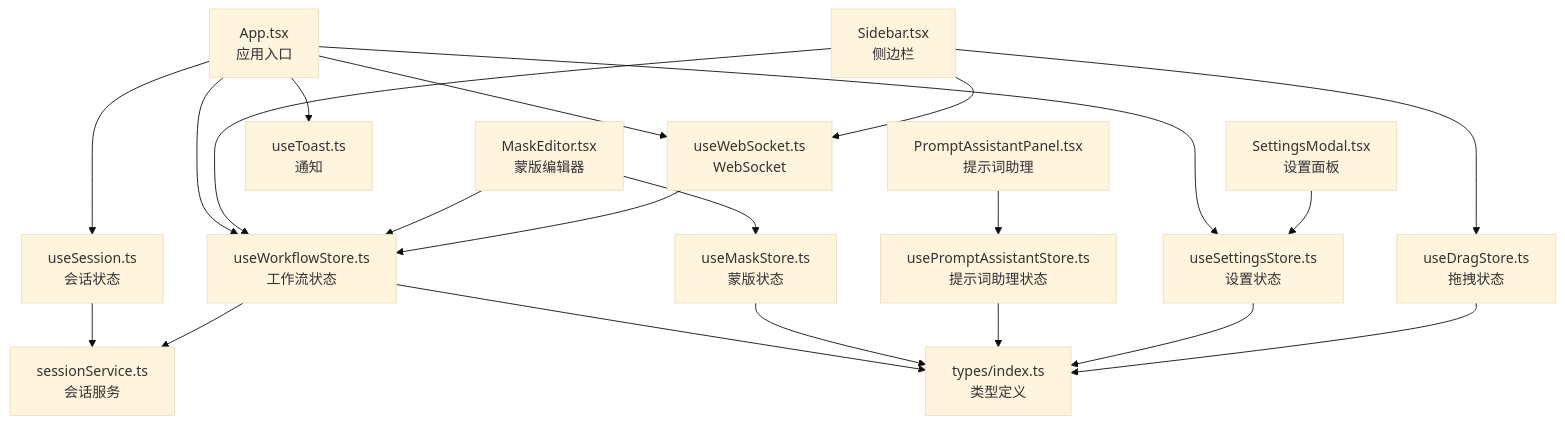
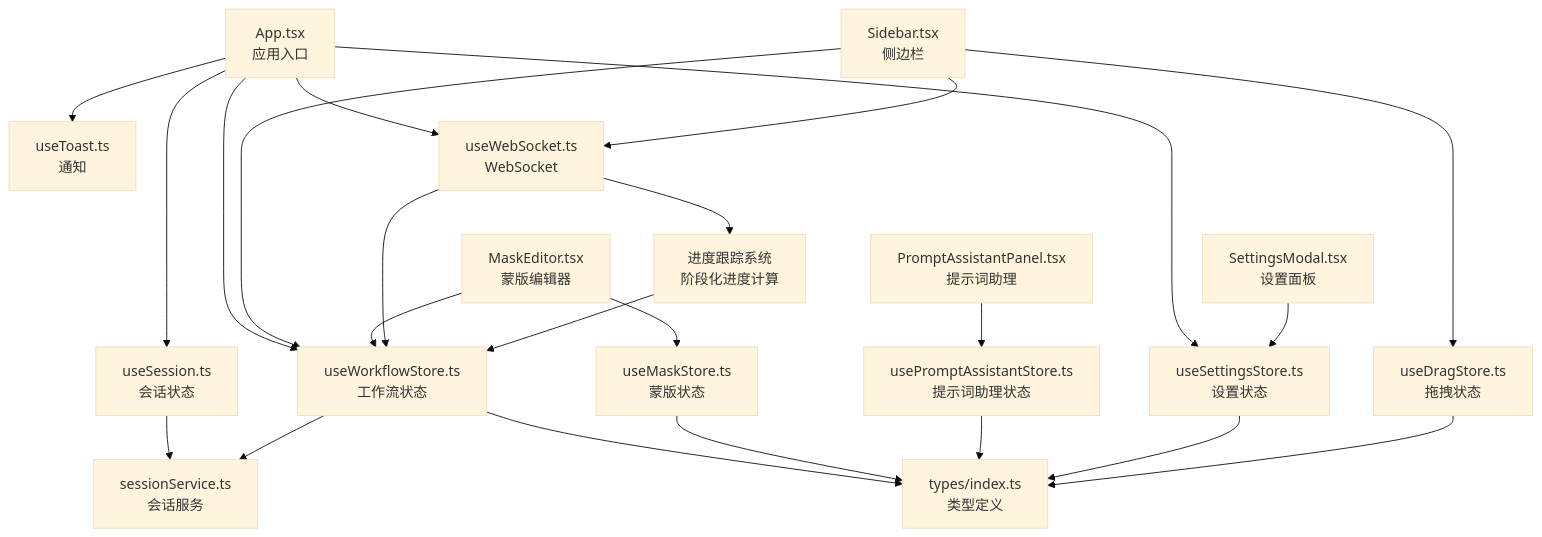
One commit to billye220670/CorineKit_Pix2Real changed the second of 6 diagrams in .qoder/repowiki/zh/content/项目概述/技术架构概览/前端架构设计/状态管理系统.md. Above: the diagram before and after it, drawn with Mermaid (base theme). The commit also changed other lines of this file and 13 other files, not shown here.

````diff
--- a/.qoder/repowiki/zh/content/项目概述/技术架构概览/前端架构设计/状态管理系统.md
+++ b/.qoder/repowiki/zh/content/项目概述/技术架构概览/前端架构设计/状态管理系统.md
@@ -115,38 +131,41 @@
 ```mermaid
 graph TB
 App["App.tsx<br/>应用入口"]
 Sidebar["Sidebar.tsx<br/>侧边栏"]
 MaskEditor["MaskEditor.tsx<br/>蒙版编辑器"]
 PromptPanel["PromptAssistantPanel.tsx<br/>提示词助理"]
 SettingsModal["SettingsModal.tsx<br/>设置面板"]
 WF["useWorkflowStore.ts<br/>工作流状态"]
 SES["useSession.ts<br/>会话状态"]
 SET["useSettingsStore.ts<br/>设置状态"]
 MAS["useMaskStore.ts<br/>蒙版状态"]
 PA["usePromptAssistantStore.ts<br/>提示词助理状态"]
 DRAG["useDragStore.ts<br/>拖拽状态"]
 TOAST["useToast.ts<br/>通知"]
 WS["useWebSocket.ts<br/>WebSocket"]
 API["sessionService.ts<br/>会话服务"]
+PROGRESS["进度跟踪系统<br/>阶段化进度计算"]
 TYPES["types/index.ts<br/>类型定义"]
 App --> WF
 App --> SES
 App --> SET
 App --> WS
 App --> TOAST
 Sidebar --> WF
 Sidebar --> DRAG
 Sidebar --> WS
 MaskEditor --> MAS
 MaskEditor --> WF
 PromptPanel --> PA
 SettingsModal --> SET
 SES --> API
 WF --> API
 WS --> WF
+WS --> PROGRESS
+PROGRESS --> WF
 WF --> TYPES
 MAS --> TYPES
 PA --> TYPES
 SET --> TYPES
 DRAG --> TYPES
 ```
````
